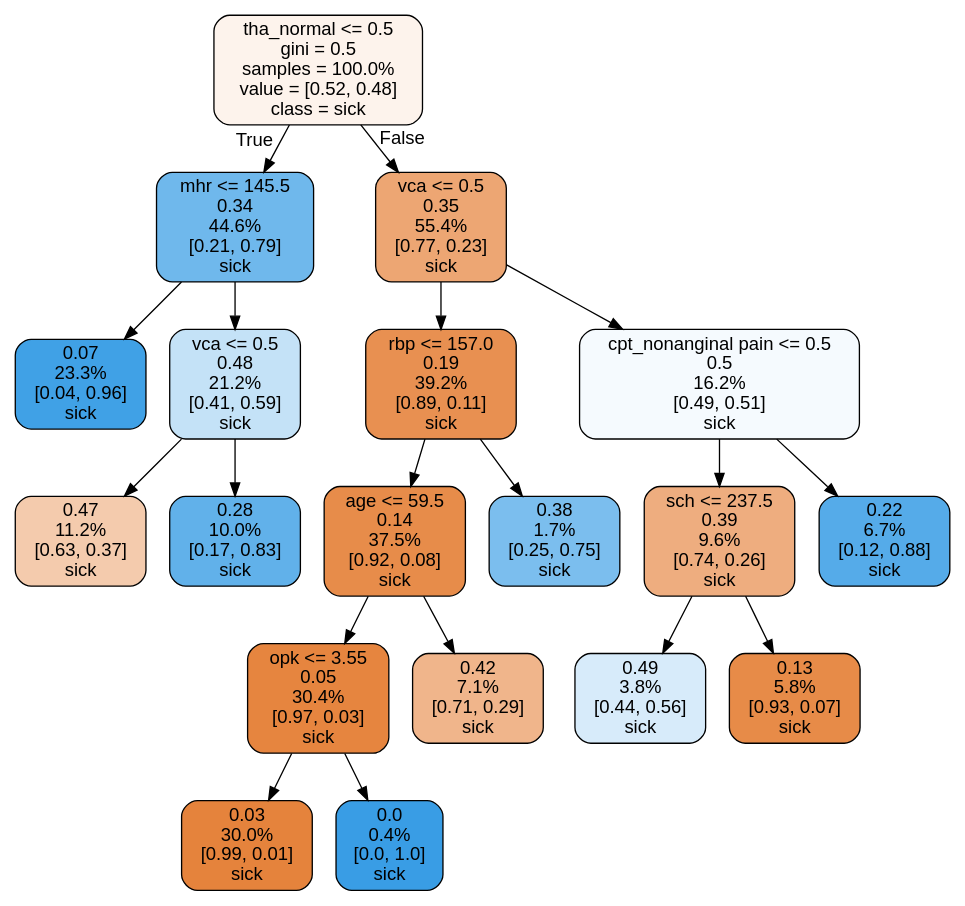
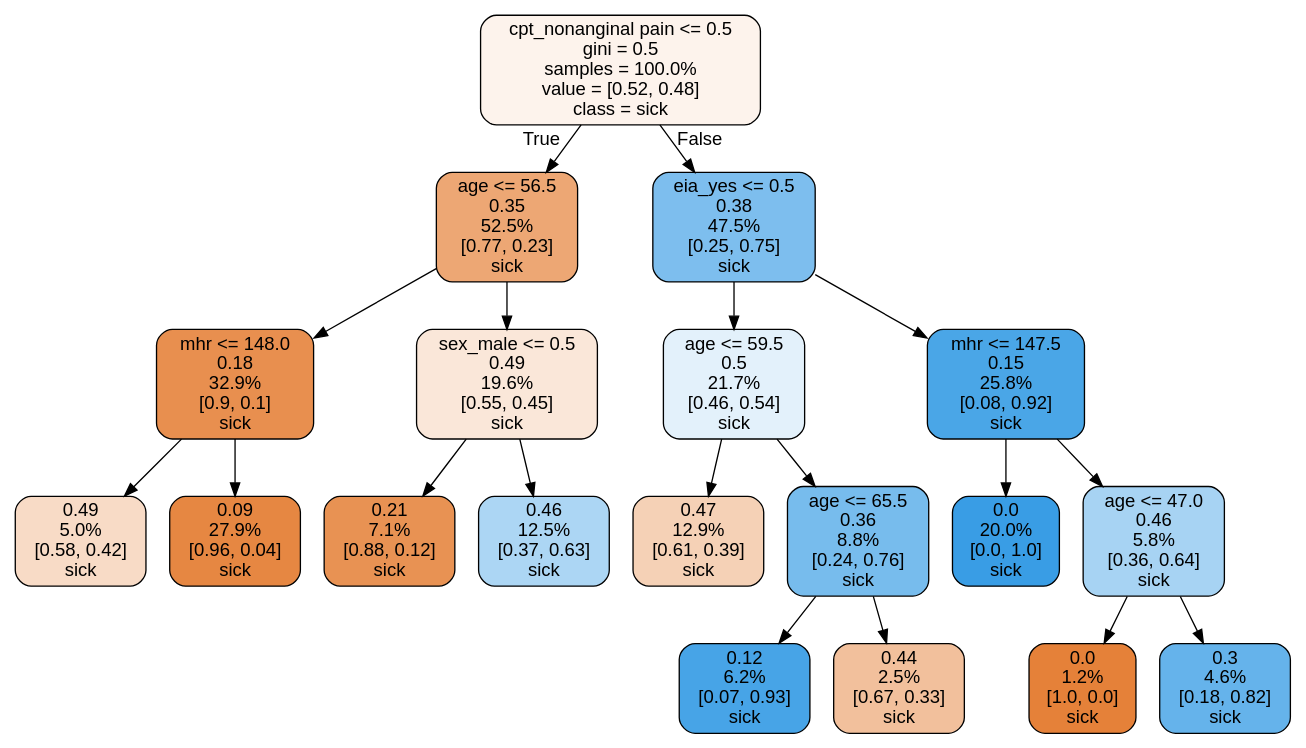
One commit to ma6068/SU changed the diagram in dot/decision_tree.dot. Above: the diagram before and after it, drawn with Graphviz. The commit also changed 39 other files, not shown here.

```diff
--- a/dot/decision_tree.dot
+++ b/dot/decision_tree.dot
@@ -1,41 +1,41 @@
 digraph Tree {
 node [shape=box, style="filled, rounded", color="black", fontname="helvetica"] ;
 edge [fontname="helvetica"] ;
-0 [label="tha_normal <= 0.5\ngini = 0.5\nsamples = 100.0%\nvalue = [0.52, 0.48]\nclass = sick", fillcolor="#fdf3ec"] ;
-1 [label="mhr <= 145.5\n0.34\n44.6%\n[0.21, 0.79]\nsick", fillcolor="#6fb8ec"] ;
+0 [label="cpt_nonanginal pain <= 0.5\ngini = 0.5\nsamples = 100.0%\nvalue = [0.52, 0.48]\nclass = sick", fillcolor="#fdf3ec"] ;
+1 [label="age <= 56.5\n0.35\n52.5%\n[0.77, 0.23]\nsick", fillcolor="#eda774"] ;
 0 -> 1 [labeldistance=2.5, labelangle=45, headlabel="True"] ;
-5 [label="0.07\n23.3%\n[0.04, 0.96]\nsick", fillcolor="#40a1e6"] ;
+5 [label="mhr <= 148.0\n0.18\n32.9%\n[0.9, 0.1]\nsick", fillcolor="#e88f4f"] ;
 1 -> 5 ;
-6 [label="vca <= 0.5\n0.48\n21.2%\n[0.41, 0.59]\nsick", fillcolor="#c4e2f7"] ;
+13 [label="0.49\n5.0%\n[0.58, 0.42]\nsick", fillcolor="#f8dbc6"] ;
+5 -> 13 ;
+14 [label="0.09\n27.9%\n[0.96, 0.04]\nsick", fillcolor="#e68742"] ;
+5 -> 14 ;
+6 [label="sex_male <= 0.5\n0.49\n19.6%\n[0.55, 0.45]\nsick", fillcolor="#fae7d9"] ;
 1 -> 6 ;
-9 [label="0.47\n11.2%\n[0.63, 0.37]\nsick", fillcolor="#f4cbad"] ;
-6 -> 9 ;
-10 [label="0.28\n10.0%\n[0.17, 0.83]\nsick", fillcolor="#61b1ea"] ;
-6 -> 10 ;
-2 [label="vca <= 0.5\n0.35\n55.4%\n[0.77, 0.23]\nsick", fillcolor="#eda673"] ;
+7 [label="0.21\n7.1%\n[0.88, 0.12]\nsick", fillcolor="#e89253"] ;
+6 -> 7 ;
+8 [label="0.46\n12.5%\n[0.37, 0.63]\nsick", fillcolor="#acd6f4"] ;
+6 -> 8 ;
+2 [label="eia_yes <= 0.5\n0.38\n47.5%\n[0.25, 0.75]\nsick", fillcolor="#7dbeee"] ;
 0 -> 2 [labeldistance=2.5, labelangle=-45, headlabel="False"] ;
-3 [label="rbp <= 157.0\n0.19\n39.2%\n[0.89, 0.11]\nsick", fillcolor="#e89051"] ;
+3 [label="age <= 59.5\n0.5\n21.7%\n[0.46, 0.54]\nsick", fillcolor="#e3f1fb"] ;
 2 -> 3 ;
-11 [label="age <= 59.5\n0.14\n37.5%\n[0.92, 0.08]\nsick", fillcolor="#e78c4a"] ;
-3 -> 11 ;
-15 [label="opk <= 3.55\n0.05\n30.4%\n[0.97, 0.03]\nsick", fillcolor="#e6853f"] ;
-11 -> 15 ;
-17 [label="0.03\n30.0%\n[0.99, 0.01]\nsick", fillcolor="#e5833c"] ;
-15 -> 17 ;
-18 [label="0.0\n0.4%\n[0.0, 1.0]\nsick", fillcolor="#399de5"] ;
-15 -> 18 ;
-16 [label="0.42\n7.1%\n[0.71, 0.29]\nsick", fillcolor="#f0b58b"] ;
-11 -> 16 ;
-12 [label="0.38\n1.7%\n[0.25, 0.75]\nsick", fillcolor="#7bbeee"] ;
-3 -> 12 ;
-4 [label="cpt_nonanginal pain <= 0.5\n0.5\n16.2%\n[0.49, 0.51]\nsick", fillcolor="#f5fafe"] ;
+9 [label="0.47\n12.9%\n[0.61, 0.39]\nsick", fillcolor="#f5d1b6"] ;
+3 -> 9 ;
+10 [label="age <= 65.5\n0.36\n8.8%\n[0.24, 0.76]\nsick", fillcolor="#77bced"] ;
+3 -> 10 ;
+11 [label="0.12\n6.2%\n[0.07, 0.93]\nsick", fillcolor="#47a4e7"] ;
+10 -> 11 ;
+12 [label="0.44\n2.5%\n[0.67, 0.33]\nsick", fillcolor="#f2c09c"] ;
+10 -> 12 ;
+4 [label="mhr <= 147.5\n0.15\n25.8%\n[0.08, 0.92]\nsick", fillcolor="#4aa6e7"] ;
 2 -> 4 ;
-7 [label="sch <= 237.5\n0.39\n9.6%\n[0.74, 0.26]\nsick", fillcolor="#eead7f"] ;
-4 -> 7 ;
-13 [label="0.49\n3.8%\n[0.44, 0.56]\nsick", fillcolor="#d7ebfa"] ;
-7 -> 13 ;
-14 [label="0.13\n5.8%\n[0.93, 0.07]\nsick", fillcolor="#e78b48"] ;
-7 -> 14 ;
-8 [label="0.22\n6.7%\n[0.12, 0.88]\nsick", fillcolor="#55abe9"] ;
-4 -> 8 ;
+15 [label="0.0\n20.0%\n[0.0, 1.0]\nsick", fillcolor="#399de5"] ;
+4 -> 15 ;
+16 [label="age <= 47.0\n0.46\n5.8%\n[0.36, 0.64]\nsick", fillcolor="#a7d3f3"] ;
+4 -> 16 ;
+17 [label="0.0\n1.2%\n[1.0, 0.0]\nsick", fillcolor="#e58139"] ;
+16 -> 17 ;
+18 [label="0.3\n4.6%\n[0.18, 0.82]\nsick", fillcolor="#65b3eb"] ;
+16 -> 18 ;
 }
```
